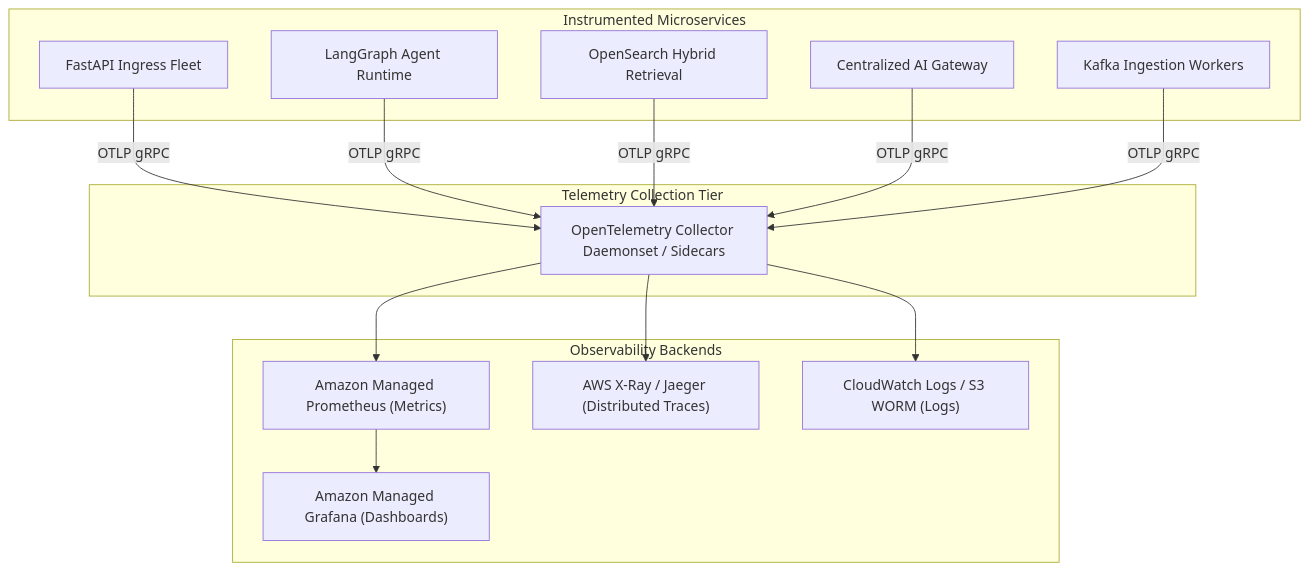
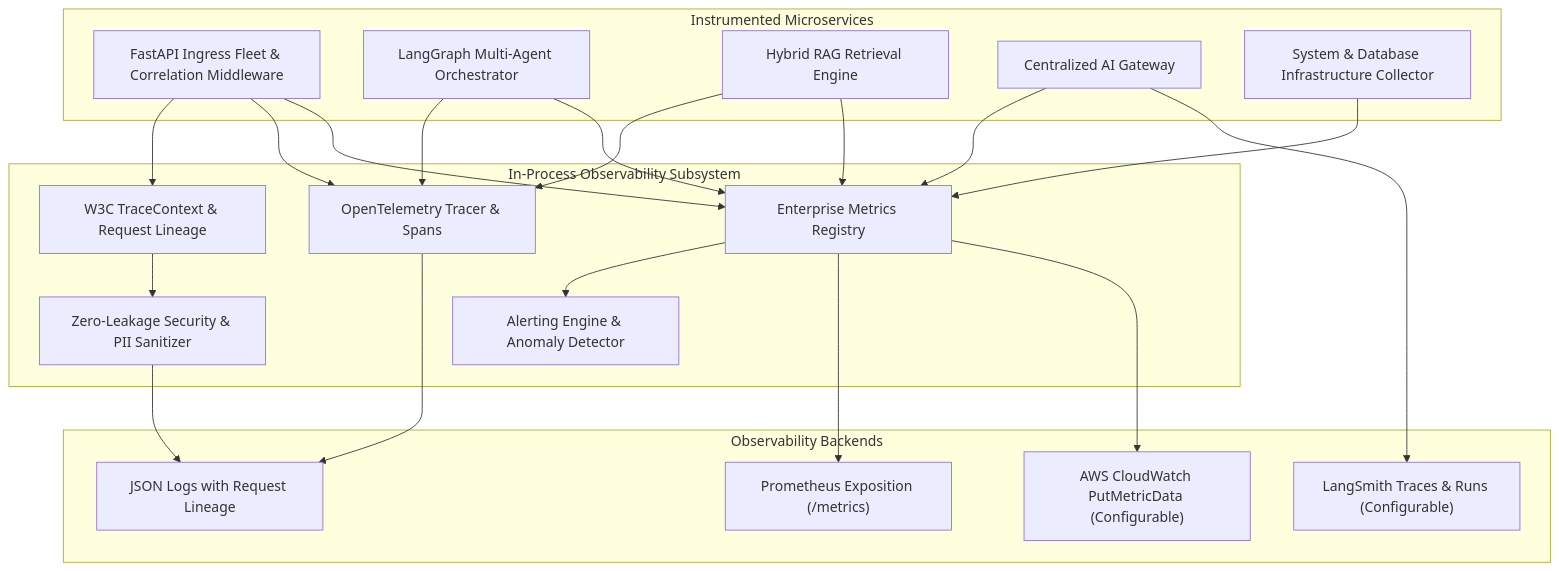
The diagram in docs/observability.md (Shilpa106/fin_research_and_risk), drawn with Mermaid before and after one commit. The commit also changed other lines of this file and 42 other files, not shown here.

````diff
--- a/docs/observability.md
+++ b/docs/observability.md
@@ -7,32 +7,42 @@
 ```mermaid
 flowchart TD
     subgraph Services["Instrumented Microservices"]
-        FastAPI["FastAPI Ingress Fleet"]
-        LangGraph["LangGraph Agent Runtime"]
-        RetSvc["OpenSearch Hybrid Retrieval"]
+        FastAPI["FastAPI Ingress Fleet & Correlation Middleware"]
+        LangGraph["LangGraph Multi-Agent Orchestrator"]
+        RetSvc["Hybrid RAG Retrieval Engine"]
         AIGateway["Centralized AI Gateway"]
-        Workers["Kafka Ingestion Workers"]
+        InfraCol["System & Database Infrastructure Collector"]
     end
 
-    subgraph OTelFleet["Telemetry Collection Tier"]
-        OTelSidecar["OpenTelemetry Collector Daemonset / Sidecars"]
+    subgraph CoreTelemetry["In-Process Observability Subsystem"]
+        Context["W3C TraceContext & Request Lineage"]
+        Sanitizer["Zero-Leakage Security & PII Sanitizer"]
+        Tracer["OpenTelemetry Tracer & Spans"]
+        Registry["Enterprise Metrics Registry"]
+        Alerts["Alerting Engine & Anomaly Detector"]
     end
 
     subgraph Backends["Observability Backends"]
-        Prometheus["Amazon Managed Prometheus (Metrics)"]
-        Grafana["Amazon Managed Grafana (Dashboards)"]
-        XRay["AWS X-Ray / Jaeger (Distributed Traces)"]
-        CloudWatchLogs["CloudWatch Logs / S3 WORM (Logs)"]
+        Prometheus["Prometheus Exposition (/metrics)"]
+        CloudWatch["AWS CloudWatch PutMetricData (Configurable)"]
+        LangSmith["LangSmith Traces & Runs (Configurable)"]
+        StructuredLogs["JSON Logs with Request Lineage"]
     end
 
-    FastAPI -->|OTLP gRPC| OTelSidecar
-    LangGraph -->|OTLP gRPC| OTelSidecar
-    RetSvc -->|OTLP gRPC| OTelSidecar
-    AIGateway -->|OTLP gRPC| OTelSidecar
-    Workers -->|OTLP gRPC| OTelSidecar
+    FastAPI --> Context
+    FastAPI --> Tracer
+    FastAPI --> Registry
+    RetSvc --> Tracer
+    RetSvc --> Registry
+    LangGraph --> Tracer
+    LangGraph --> Registry
+    AIGateway --> Registry
+    AIGateway --> LangSmith
+    InfraCol --> Registry
 
-    OTelSidecar --> Prometheus
-    Prometheus --> Grafana
-    OTelSidecar --> XRay
-    OTelSidecar --> CloudWatchLogs
+    Registry --> Alerts
+    Registry --> Prometheus
+    Registry --> CloudWatch
+    Tracer --> StructuredLogs
+    Context --> Sanitizer --> StructuredLogs
 ```
````
